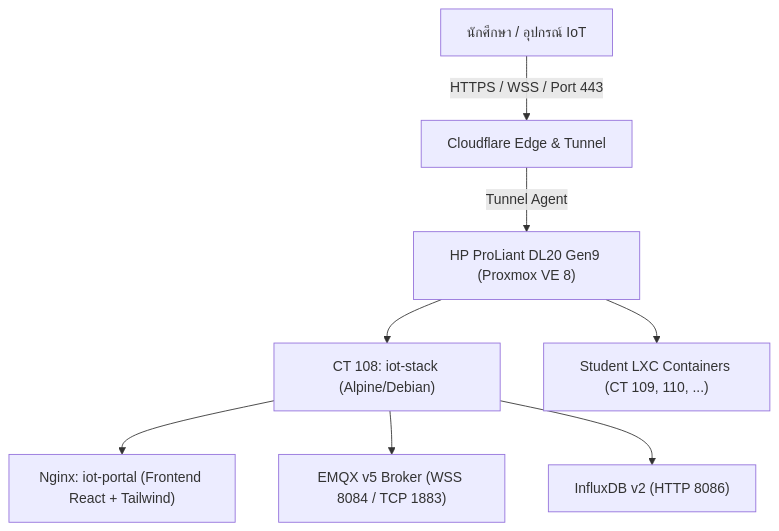
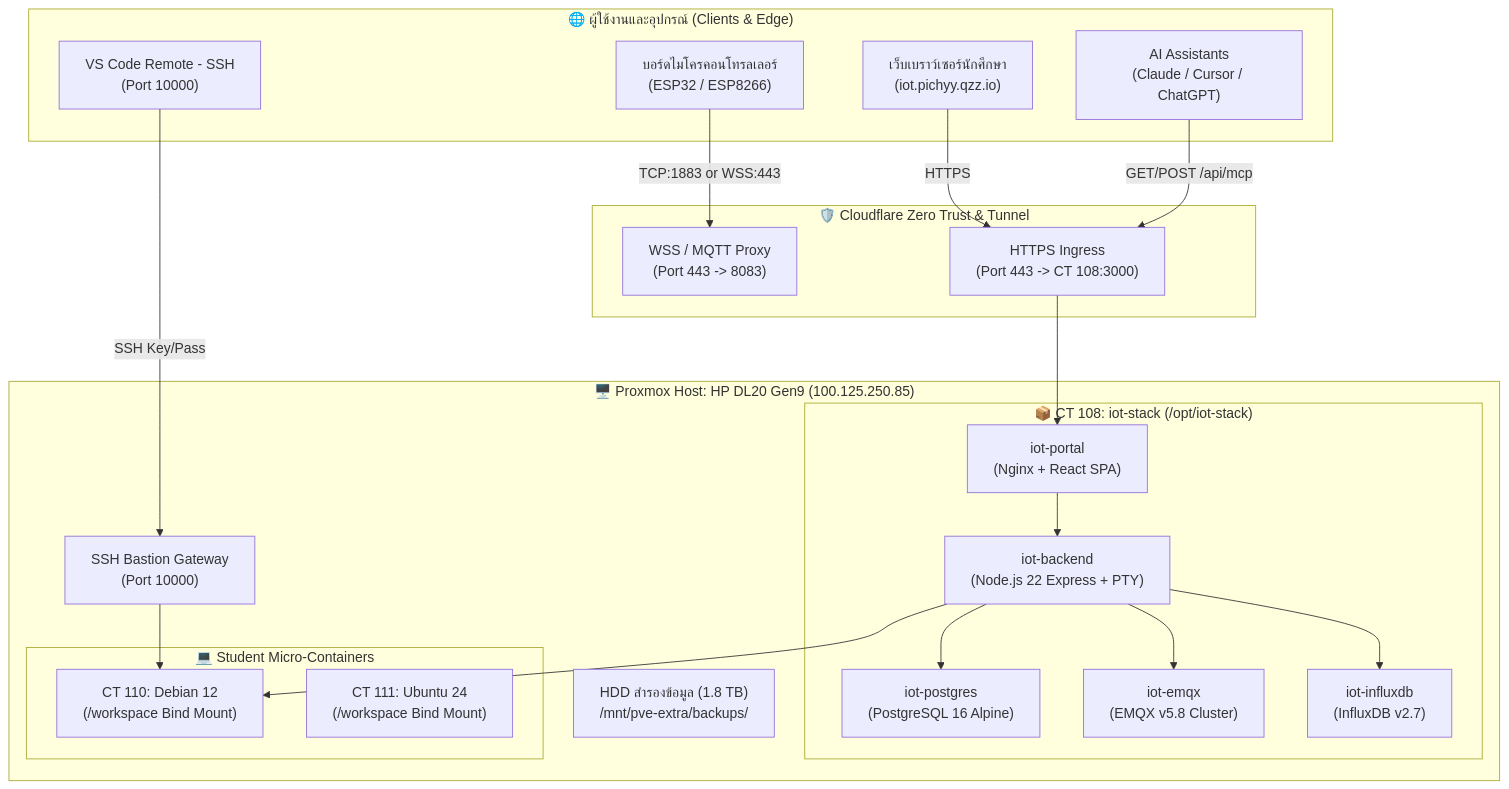
Before and after one commit to PichyyyNews/LBtech-Techniccom-server-proxmox: the diagram in PROJECT_HANDOFF.md, drawn with Mermaid. The commit also changed other lines of this file and 2 other files, not shown here.

Commit message:
docs: comprehensive system documentation for IoT AI Platform, MCP server, tickets, postgresql, and backups

````diff
--- a/PROJECT_HANDOFF.md
+++ b/PROJECT_HANDOFF.md
@@ -13,10 +20,45 @@
 ```mermaid
-graph TD
-    Client["นักศึกษา / อุปกรณ์ IoT"] -->|HTTPS / WSS / Port 443| CF["Cloudflare Edge & Tunnel"]
-    CF -->|Tunnel Agent| Host["HP ProLiant DL20 Gen9 (Proxmox VE 8)"]
-    Host --> CT108["CT 108: iot-stack (Alpine/Debian)"]
-    CT108 --> Nginx["Nginx: iot-portal (Frontend React + Tailwind)"]
-    CT108 --> EMQX["EMQX v5 Broker (WSS 8084 / TCP 1883)"]
-    CT108 --> Influx["InfluxDB v2 (HTTP 8086)"]
-    Host --> CTX["Student LXC Containers (CT 109, 110, ...)"]
+flowchart TB
+    subgraph Clients["🌐 ผู้ใช้งานและอุปกรณ์ (Clients & Edge)"]
+        ESP["บอร์ดไมโครคอนโทรลเลอร์\n(ESP32 / ESP8266)"]
+        Browser["เว็บเบราว์เซอร์นักศึกษา\n(iot.pichyy.qzz.io)"]
+        AI["AI Assistants\n(Claude / Cursor / ChatGPT)"]
+        VSCode["VS Code Remote - SSH\n(Port 10000)"]
+    end
+
+    subgraph Edge_Gateway["🛡️ Cloudflare Zero Trust & Tunnel"]
+        CF_WSS["WSS / MQTT Proxy\n(Port 443 -> 8083)"]
+        CF_HTTP["HTTPS Ingress\n(Port 443 -> CT 108:3000)"]
+    end
+
+    subgraph Proxmox_Host["🖥️ Proxmox Host: HP DL20 Gen9 (100.125.250.85)"]
+        Bastion["SSH Bastion Gateway\n(Port 10000)"]
+        HDD_Backup["HDD สำรองข้อมูล (1.8 TB)\n/mnt/pve-extra/backups/"]
+        
+        subgraph CT108["📦 CT 108: iot-stack (/opt/iot-stack)"]
+            Portal["iot-portal\n(Nginx + React SPA)"]
+            Backend["iot-backend\n(Node.js 22 Express + PTY)"]
+            Postgres["iot-postgres\n(PostgreSQL 16 Alpine)"]
+            EMQX["iot-emqx\n(EMQX v5.8 Cluster)"]
+            Influx["iot-influxdb\n(InfluxDB v2.7)"]
+        end
+
+        subgraph Student_Containers["💻 Student Micro-Containers"]
+        CT_Std1["CT 110: Debian 12\n(/workspace Bind Mount)"]
+        CT_Std2["CT 111: Ubuntu 24\n(/workspace Bind Mount)"]
+    end
+    end
+
+    ESP -- "TCP:1883 or WSS:443" --> CF_WSS
+    Browser -- "HTTPS" --> CF_HTTP
+    AI -- "GET/POST /api/mcp" --> CF_HTTP
+    VSCode -- "SSH Key/Pass" --> Bastion
+
+    CF_HTTP --> Portal
+    Portal --> Backend
+    Backend --> Postgres
+    Backend --> EMQX
+    Backend --> Influx
+    Backend --> CT_Std1
+    Bastion --> CT_Std1
 ```
````
